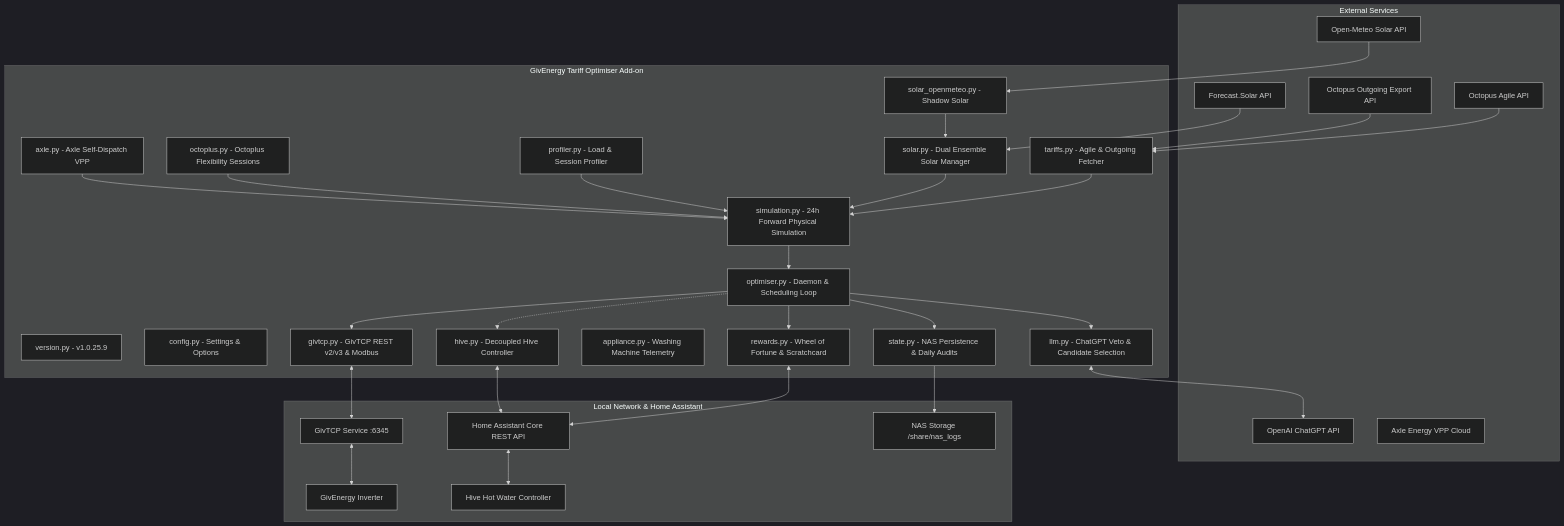
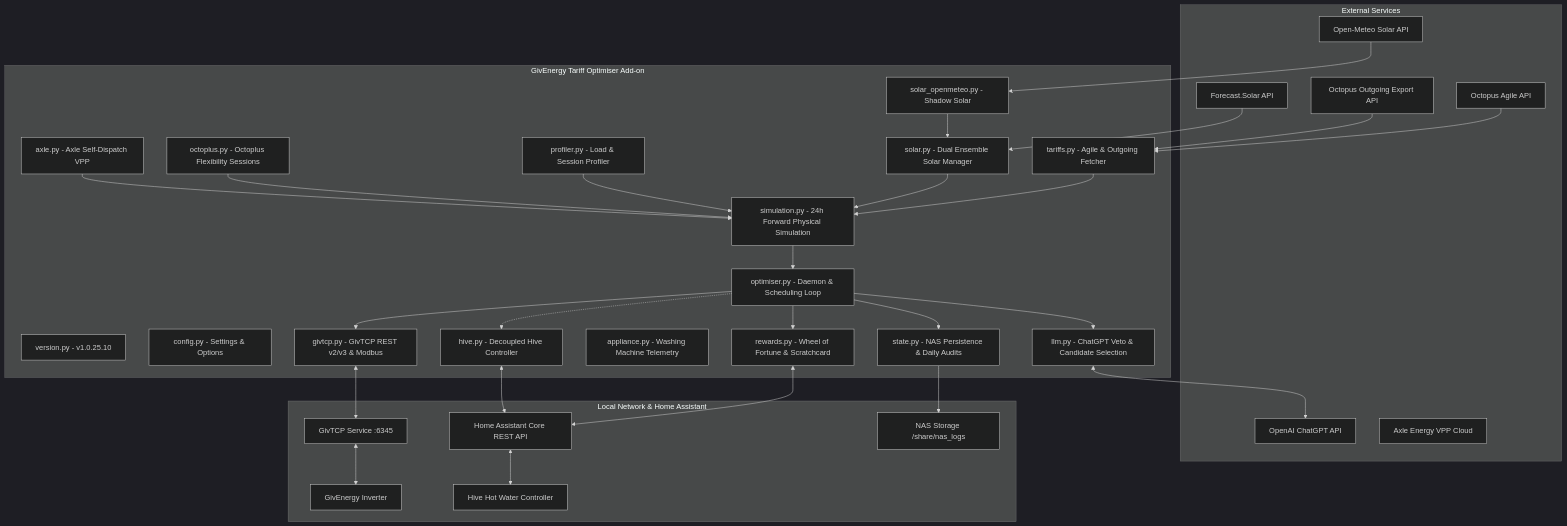
Before and after one commit to revhawk/GivEnergy_Tracker: the first of 3 diagrams in ha-addon/SPECIFICATION.md, drawn with Mermaid (dark theme). The commit also changed other lines of this file and 5 other files, not shown here.

Commit message:
docs(release): bump to v1.0.25.10 and rewrite How the Optimiser Works for 4-mode architecture

````diff
--- a/ha-addon/SPECIFICATION.md
+++ b/ha-addon/SPECIFICATION.md
@@ -19,67 +19,67 @@
 ```mermaid
 graph TD
     subgraph External Services
         Agile["Octopus Agile API"]
         Outgoing["Octopus Outgoing Export API"]
         FSolar["Forecast.Solar API"]
         OMeteo["Open-Meteo Solar API"]
         OpenAI["OpenAI ChatGPT API"]
         Axle_Cloud["Axle Energy VPP Cloud"]
     end
 
     subgraph GivEnergy Tariff Optimiser Add-on
-        Version["version.py - v1.0.25.9"]
+        Version["version.py - v1.0.25.10"]
         Config["config.py - Settings & Options"]
         Optimiser["optimiser.py - Daemon & Scheduling Loop"]
         SimEngine["simulation.py - 24h Forward Physical Simulation"]
         Tariff_Mod["tariffs.py - Agile & Outgoing Fetcher"]
         Solar_Mod["solar.py - Dual Ensemble Solar Manager"]
         Meteo_Mod["solar_openmeteo.py - Shadow Solar"]
         Profiler_Mod["profiler.py - Load & Session Profiler"]
         GivTCP_Mod["givtcp.py - GivTCP REST v2/v3 & Modbus"]
         Octoplus_Mod["octoplus.py - Octoplus Flexibility Sessions"]
         Axle_Mod["axle.py - Axle Self-Dispatch VPP"]
         Rewards_Mod["rewards.py - Wheel of Fortune & Scratchcard"]
         Appliance_Mod["appliance.py - Washing Machine Telemetry"]
         State_Mod["state.py - NAS Persistence & Daily Audits"]
         LLM_Mod["llm.py - ChatGPT Veto & Candidate Selection"]
         Hive_Mod["hive.py - Decoupled Hive Controller"]
     end
 
     subgraph Local Network & Home Assistant
         GivTCP["GivTCP Service :6345"]
         Inverter["GivEnergy Inverter"]
         HA_API["Home Assistant Core REST API"]
         NAS_Share["NAS Storage /share/nas_logs"]
         Hive["Hive Hot Water Controller"]
     end
 
     Agile --> Tariff_Mod
     Outgoing --> Tariff_Mod
     FSolar --> Solar_Mod
     OMeteo --> Meteo_Mod
     Meteo_Mod --> Solar_Mod
 
     Tariff_Mod --> SimEngine
     Solar_Mod --> SimEngine
     Profiler_Mod --> SimEngine
     Octoplus_Mod --> SimEngine
     Axle_Mod --> SimEngine
 
     SimEngine --> Optimiser
     Optimiser --> LLM_Mod
     LLM_Mod <--> OpenAI
     Optimiser --> GivTCP_Mod
     GivTCP_Mod <--> GivTCP
     GivTCP <--> Inverter
 
     Optimiser --> State_Mod
     State_Mod --> NAS_Share
 
     Optimiser --> Rewards_Mod
     Rewards_Mod <--> HA_API
 
     Optimiser -.-> Hive_Mod
     Hive_Mod <--> HA_API
     HA_API <--> Hive
 ```
````
